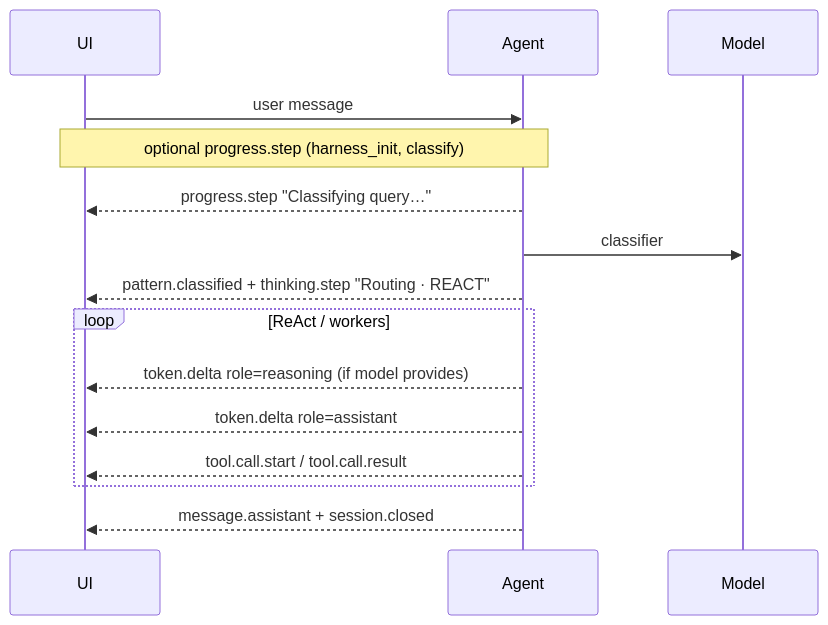
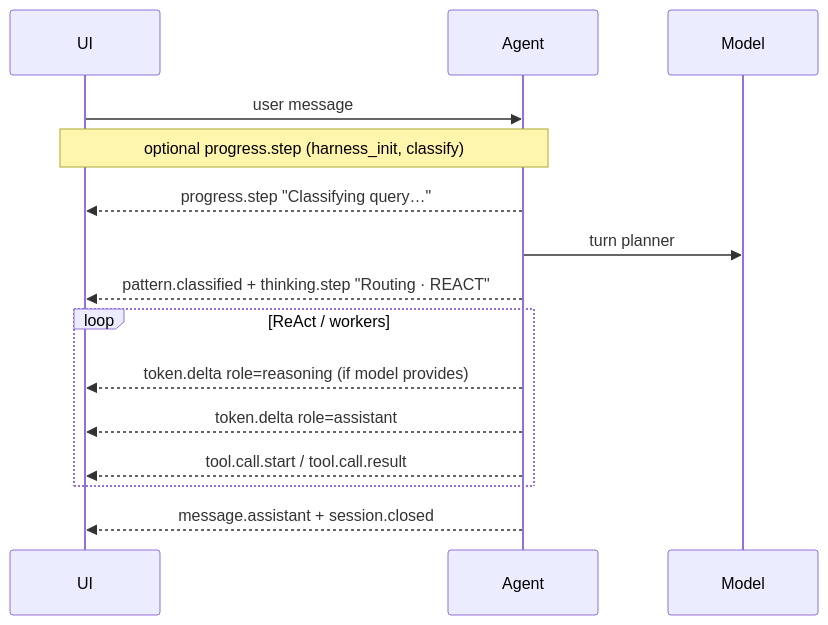
The diagram in agloom/docs/features/thinking-events.md (HELLOMEDHIRA/agloom), drawn with Mermaid before and after one commit. The commit also changed other lines of this file and 256 other files, not shown here.

````diff
--- a/agloom/docs/features/thinking-events.md
+++ b/agloom/docs/features/thinking-events.md
@@ -23,18 +23,18 @@
 ```mermaid
 sequenceDiagram
     participant UI
     participant Agent
     participant Model
 
     UI->>Agent: user message
     Note over Agent,UI: optional progress.step (harness_init, classify)
     Agent-->>UI: progress.step "Classifying query…"
-    Agent->>Model: classifier
+    Agent->>Model: turn planner
     Agent-->>UI: pattern.classified + thinking.step "Routing · REACT"
     loop ReAct / workers
         Agent-->>UI: token.delta role=reasoning (if model provides)
         Agent-->>UI: token.delta role=assistant
         Agent-->>UI: tool.call.start / tool.call.result
     end
     Agent-->>UI: message.assistant + session.closed
 ```
````
